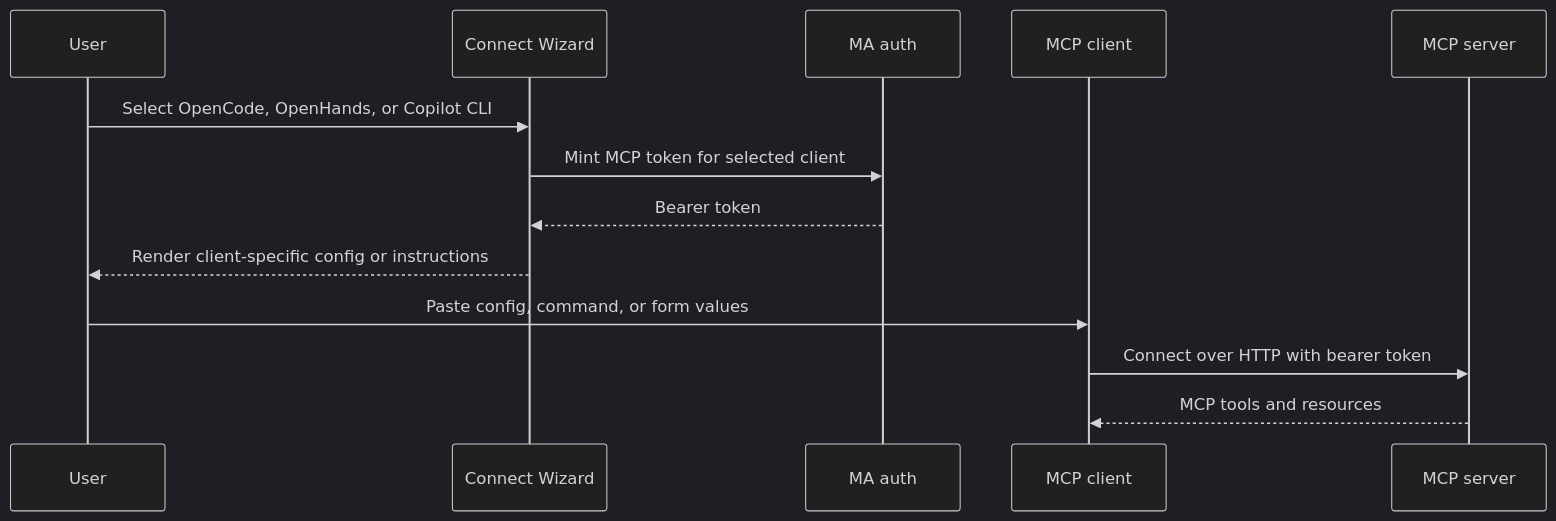
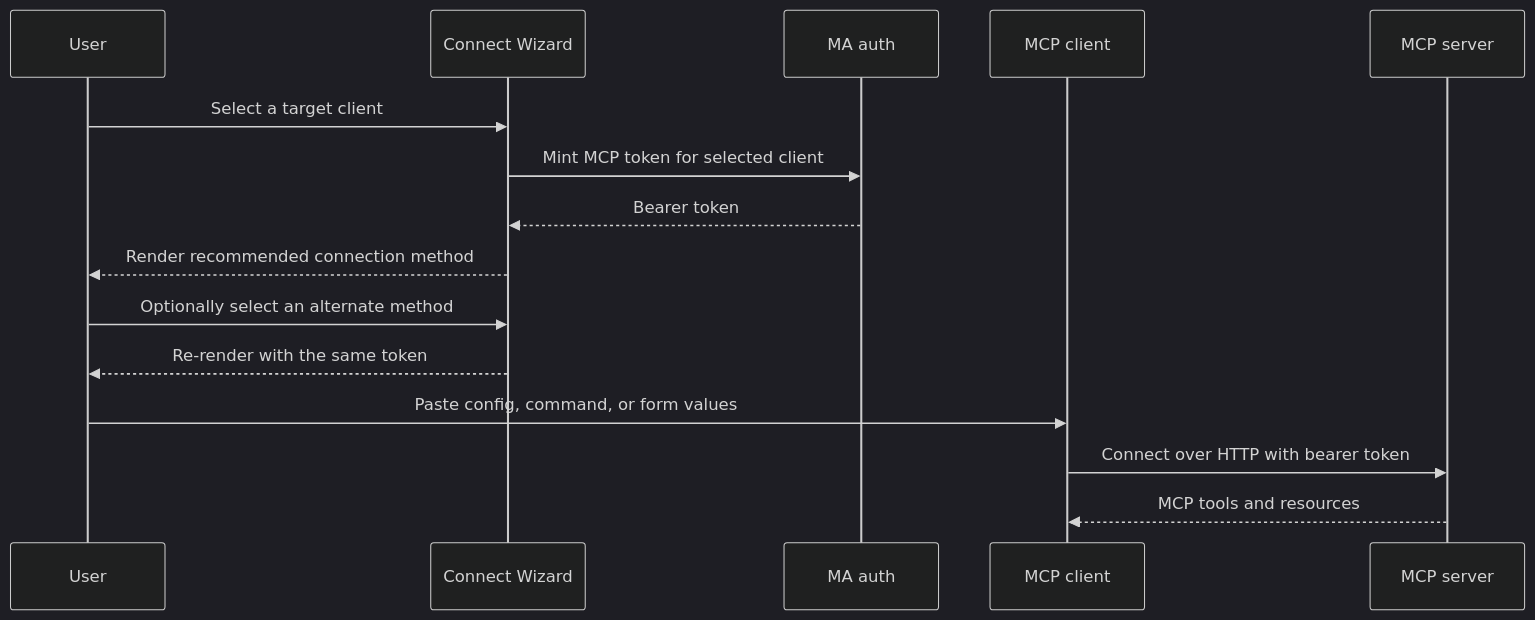
One commit to trudenboy/ma-provider-mcp changed the diagram in specs/inprogress/0028-opencode-openhands-copilot-onboarding.md. Above: the diagram before and after it, drawn with Mermaid (dark theme). The commit also changed other lines of this file and 8 other files, not shown here.

````diff
--- a/specs/inprogress/0028-opencode-openhands-copilot-onboarding.md
+++ b/specs/inprogress/0028-opencode-openhands-copilot-onboarding.md
@@ -51,16 +98,18 @@
 ```mermaid
 sequenceDiagram
     participant U as User
     participant W as Connect Wizard
     participant MA as MA auth
     participant C as MCP client
     participant S as MCP server
 
-    U->>W: Select OpenCode, OpenHands, or Copilot CLI
+    U->>W: Select a target client
     W->>MA: Mint MCP token for selected client
     MA-->>W: Bearer token
-    W-->>U: Render client-specific config or instructions
+    W-->>U: Render recommended connection method
+    U->>W: Optionally select an alternate method
+    W-->>U: Re-render with the same token
     U->>C: Paste config, command, or form values
     C->>S: Connect over HTTP with bearer token
     S-->>C: MCP tools and resources
 ```
````
